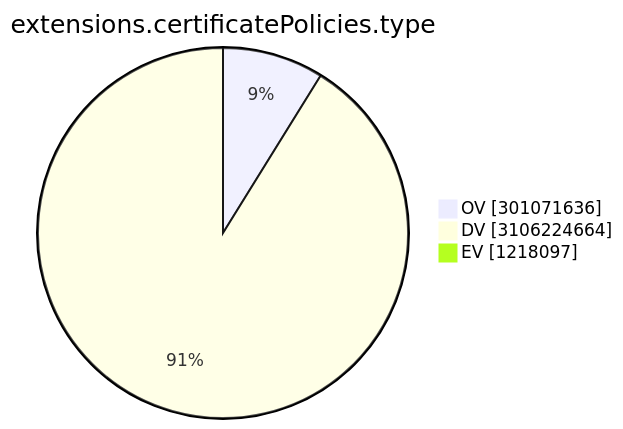
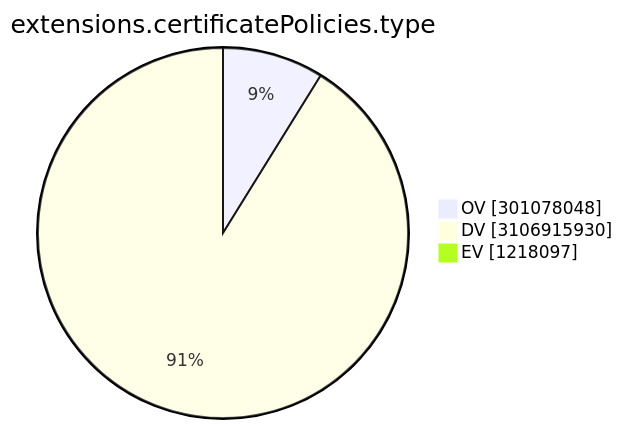
Before and after one commit to christiankrug/ctmonitor_visualization: the ninth of 15 diagrams in TOTAL/README.md, drawn with Mermaid. The commit also changed other lines of this file, not shown here.

````diff
--- a/TOTAL/README.md
+++ b/TOTAL/README.md
@@ -3103,7 +3103,7 @@
 ```mermaid
 pie showData
 title extensions.certificatePolicies.type
-"OV" :301071636
-"DV" :3106224664
+"OV" :301078048
+"DV" :3106915930
 "EV" :1218097
 ```
````
